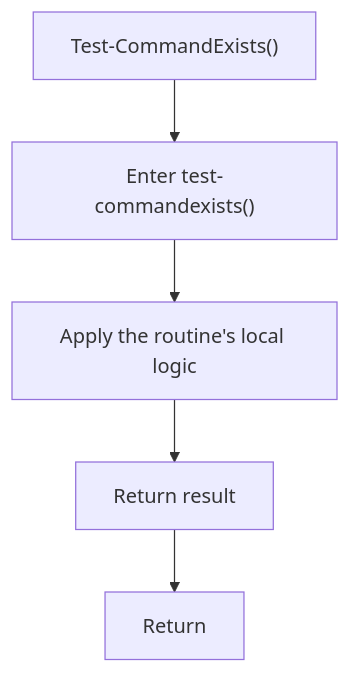
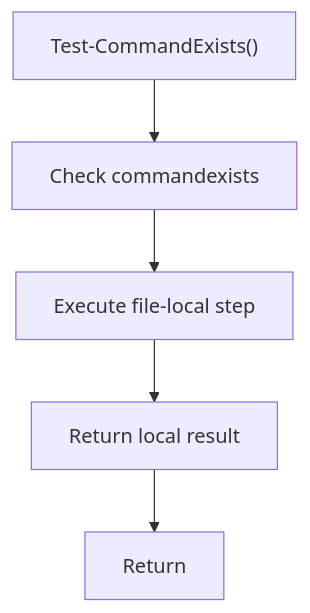
One commit to JohnAndrewBalbarosa/NeoTerritory changed the diagram in docs/Codebase/Infrastructure/session-orchestration/bootstrap_and_deploy/functions/test_commandexists.ps1.md. Above: the diagram before and after it, drawn with Mermaid. The commit also changed other lines of this file and 925 other files, not shown here.

````diff
--- a/docs/Codebase/Infrastructure/session-orchestration/bootstrap_and_deploy/functions/test_commandexists.ps1.md
+++ b/docs/Codebase/Infrastructure/session-orchestration/bootstrap_and_deploy/functions/test_commandexists.ps1.md
@@ -15,12 +15,12 @@
 ```mermaid
 flowchart TD
     Start["Test-CommandExists()"]
-    N0["Enter test-commandexists()"]
-    N1["Apply the routine's local logic"]
-    N2["Return result"]
+    N0["Check commandexists"]
+    N1["Execute file-local step"]
+    N2["Return local result"]
     End["Return"]
     Start --> N0
     N0 --> N1
     N1 --> N2
     N2 --> End
 ```
````
